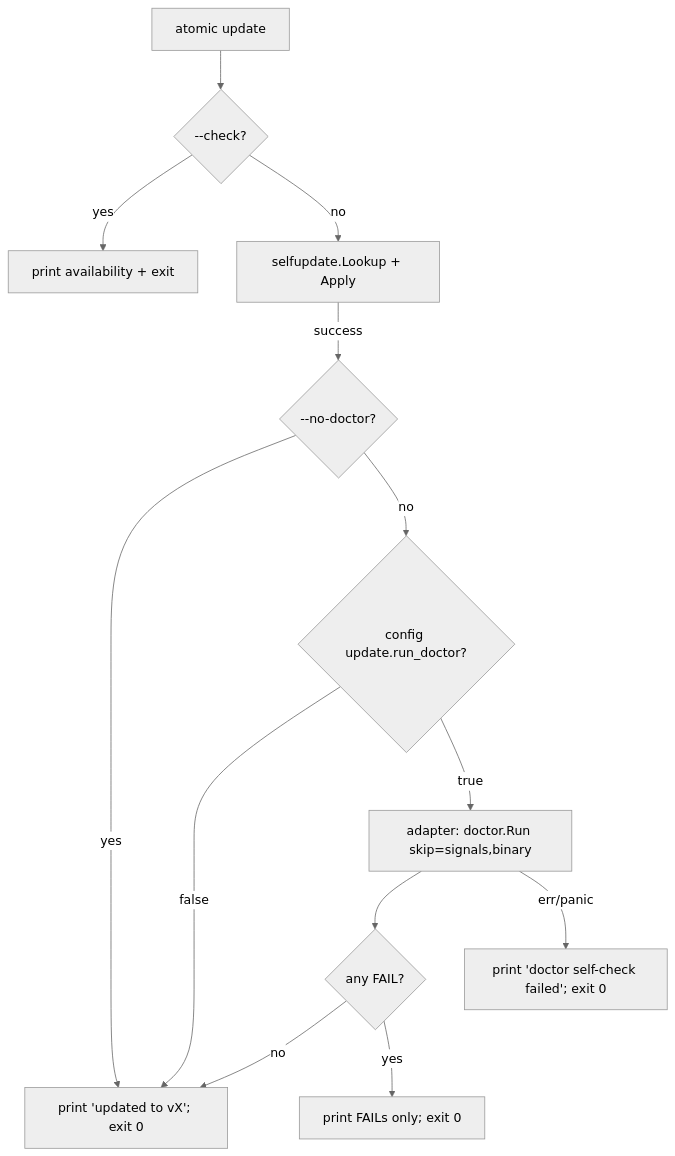
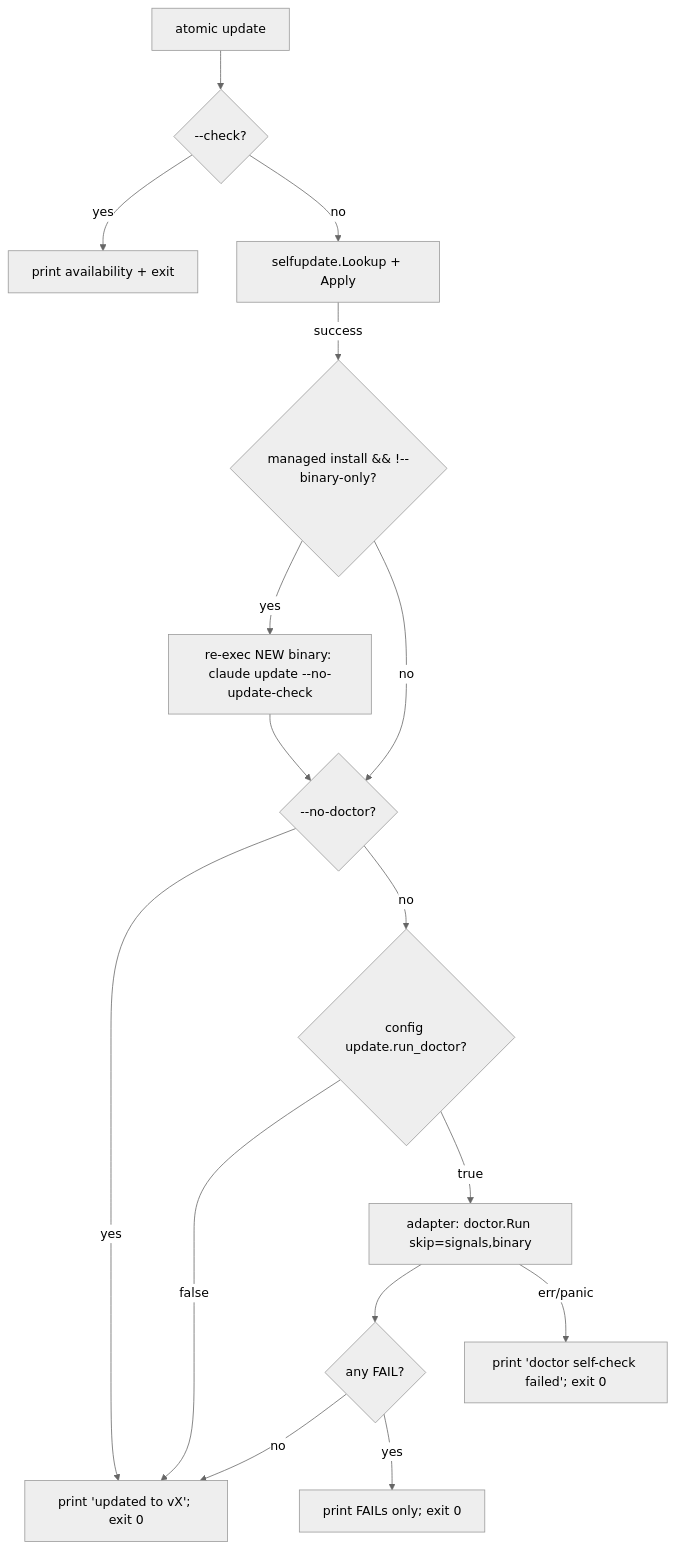
The diagram in docs/spec/atomic-update-doctor.md (damusix/atomic-claude), drawn with Mermaid (neutral theme) before and after one commit. The commit also changed other lines of this file and 15 other files, not shown here.

First line of the commit message:
feat(update): auto-refresh ~/.claude artifacts before doctor

````diff
--- a/docs/spec/atomic-update-doctor.md
+++ b/docs/spec/atomic-update-doctor.md
@@ -44,15 +44,18 @@
 ```mermaid
 flowchart TD
     A[atomic update] --> B{--check?}
     B -- yes --> C[print availability + exit]
     B -- no --> D[selfupdate.Lookup + Apply]
-    D -- success --> E{--no-doctor?}
+    D -- success --> R{managed install && !--binary-only?}
+    R -- yes --> S[re-exec NEW binary: claude update --no-update-check]
+    R -- no --> E
+    S --> E{--no-doctor?}
     E -- yes --> Z[print 'updated to vX'; exit 0]
     E -- no --> F{config update.run_doctor?}
     F -- false --> Z
     F -- true --> G[adapter: doctor.Run skip=signals,binary]
     G --> H{any FAIL?}
     H -- no --> Z
     H -- yes --> I[print FAILs only; exit 0]
     G -- err/panic --> J[print 'doctor self-check failed'; exit 0]
 ```
````
